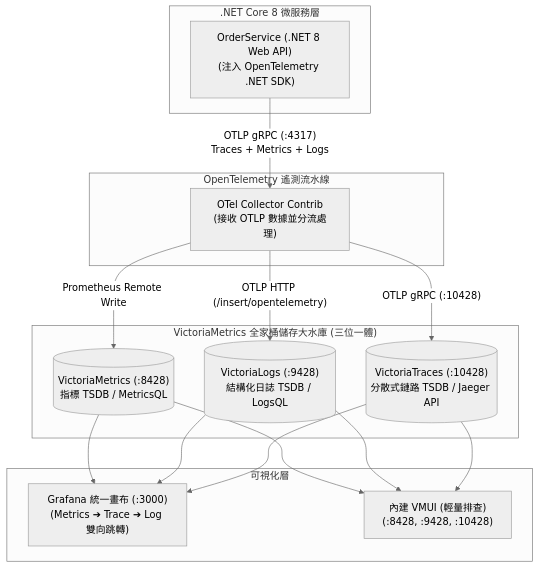
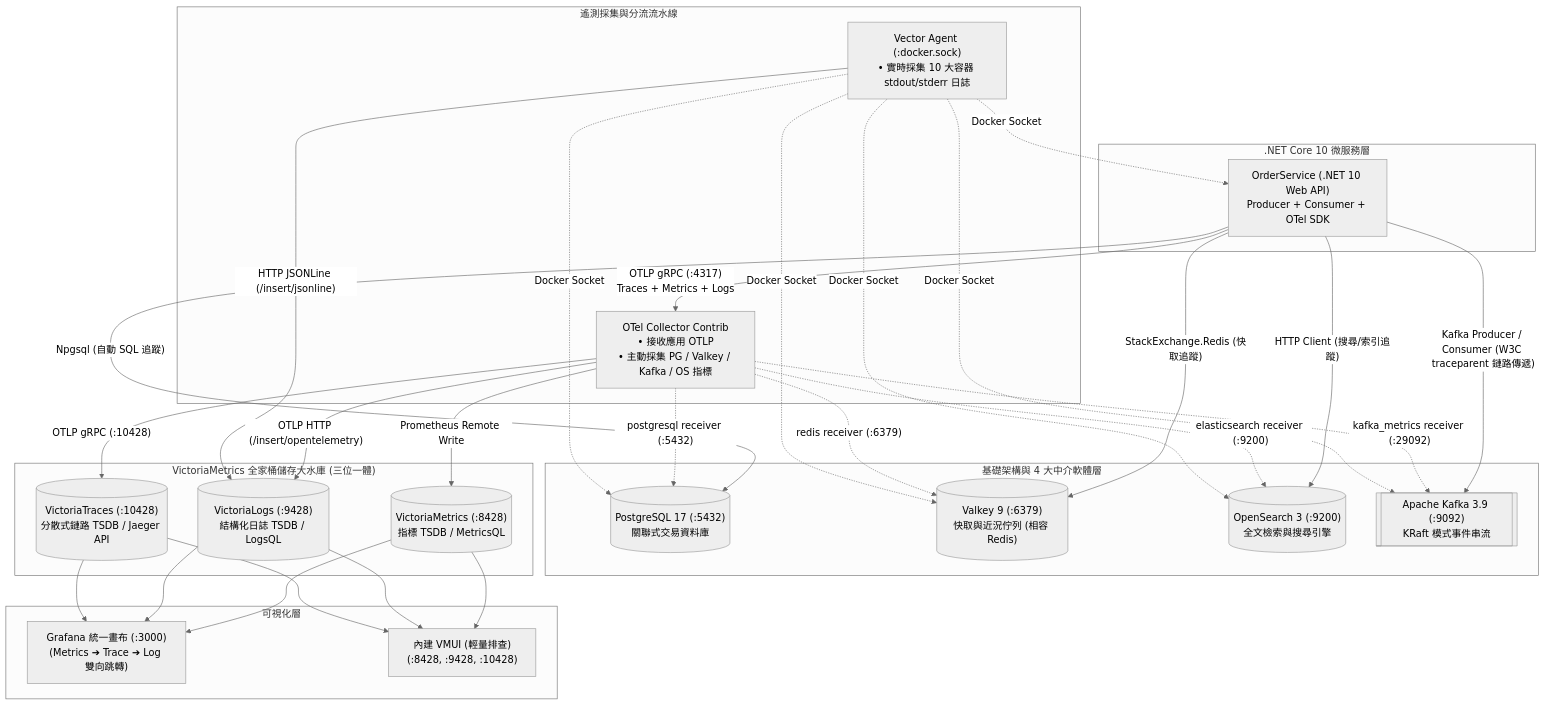
The first of 2 diagrams in README.md (windcoldchen/otel-victoriametrics-dotnet-demo), drawn with Mermaid (neutral theme) before and after one commit. The commit also changed other lines of this file and 19 other files, not shown here.

First line of the commit message:
feat: upgrade to .NET 10, integrate Valkey/Kafka/OpenSearch/PG, 360 observability & CI syntax checks

````diff
--- a/README.md
+++ b/README.md
@@ -15,29 +15,54 @@
 ```mermaid
 flowchart TD
-    subgraph AppPlane[".NET Core 8 微服務層"]
-        App["OrderService (.NET 8 Web API)<br/>(注入 OpenTelemetry .NET SDK)"]
+    subgraph AppPlane[".NET Core 10 微服務層"]
+        App["OrderService (.NET 10 Web API)<br/>Producer + Consumer + OTel SDK"]
     end
 
-    subgraph PipelinePlane["OpenTelemetry 遙測流水線"]
-        Collector["OTel Collector Contrib<br/>(接收 OTLP 數據並分流處理)"]
+    subgraph DataPlane["基礎架構與 4 大中介軟體層"]
+        PG[("PostgreSQL 17 (:5432)<br/>關聯式交易資料庫")]
+        VK[("Valkey 9 (:6379)<br/>快取與近況佇列 (相容 Redis)")]
+        OS[("OpenSearch 3 (:9200)<br/>全文檢索與搜尋引擎")]
+        KF[["Apache Kafka 3.9 (:9092)<br/>KRaft 模式事件串流"]]
+    end
+
+    subgraph PipelinePlane["遙測採集與分流流水線"]
+        Collector["OTel Collector Contrib<br/>• 接收應用 OTLP<br/>• 主動採集 PG / Valkey / Kafka / OS 指標"]
+        Vector["Vector Agent (:docker.sock)<br/>• 實時採集 10 大容器 stdout/stderr 日誌"]
     end
 
     subgraph StoragePlane["VictoriaMetrics 全家桶儲存大水庫 (三位一體)"]
         VM[("VictoriaMetrics (:8428)<br/>指標 TSDB / MetricsQL")]
         VL[("VictoriaLogs (:9428)<br/>結構化日誌 TSDB / LogsQL")]
         VT[("VictoriaTraces (:10428)<br/>分散式鏈路 TSDB / Jaeger API")]
     end
 
     subgraph VisualizationPlane["可視化層"]
         Grafana["Grafana 統一畫布 (:3000)<br/>(Metrics ➔ Trace ➔ Log 雙向跳轉)"]
         VMUI["內建 VMUI (輕量排查)<br/>(:8428, :9428, :10428)"]
     end
 
+    %% 應用交互與鏈路傳播
+    App -->|"Npgsql (自動 SQL 追蹤)"| PG
+    App -->|"StackExchange.Redis (快取追蹤)"| VK
+    App -->|"HTTP Client (搜尋/索引追蹤)"| OS
+    App -->|"Kafka Producer / Consumer (W3C traceparent 鏈路傳遞)"| KF
+
+    %% 中介軟體原生指標採集 (OTel Collector Receivers)
+    Collector -.->|"redis receiver (:6379)"| VK
+    Collector -.->|"postgresql receiver (:5432)"| PG
+    Collector -.->|"kafka_metrics receiver (:29092)"| KF
+    Collector -.->|"elasticsearch receiver (:9200)"| OS
+
+    %% 容器原生日誌採集 (Vector)
+    Vector -.->|"Docker Socket"| PG & VK & OS & KF & App
+
+    %% 遙測分流至 Victoria 全家桶
     App -->|"OTLP gRPC (:4317)<br/>Traces + Metrics + Logs"| Collector
     Collector -->|"Prometheus Remote Write"| VM
     Collector -->|"OTLP HTTP (/insert/opentelemetry)"| VL
     Collector -->|"OTLP gRPC (:10428)"| VT
+    Vector -->|"HTTP JSONLine (/insert/jsonline)"| VL
 
     VM & VL & VT --> Grafana
     VM & VL & VT --> VMUI
 ```
````
